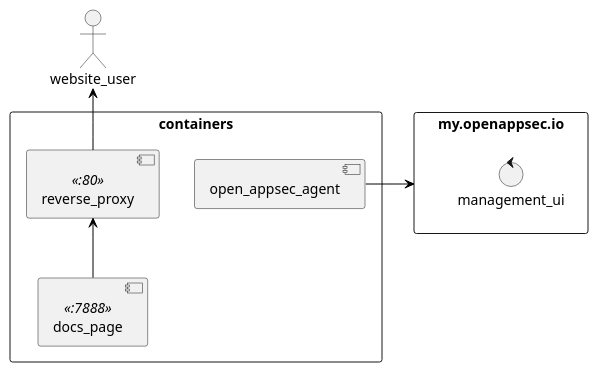
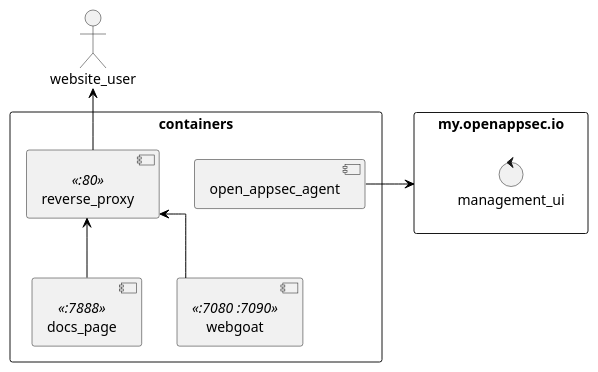
Before and after one commit to sebastian-sommerfeld-io/open-appsec-poc: the diagram in docs/modules/ROOT/assets/images/bash-docs/whitebox.puml, drawn with PlantUML. The commit also changed 9 other files, not shown here.

```diff
--- a/docs/modules/ROOT/assets/images/bash-docs/whitebox.puml
+++ b/docs/modules/ROOT/assets/images/bash-docs/whitebox.puml
@@ -1,32 +1,35 @@
 @startuml monitoring
 
 skinparam linetype ortho
 skinparam monochrome false
 skinparam componentStyle uml2
 skinparam backgroundColor #fff
 skinparam ArrowColor black
 skinparam NoteBorderColor Grey
 skinparam NoteBackgroundColor #fdfdfd
 skinparam defaultTextAlignment center
 skinparam activity {
 FontName Ubuntu
 }
 
 rectangle containers {
   component reverse_proxy <<:80>>
   component docs_page <<:7888>>
+  component webgoat <<:7080 :7090>>
+
   component open_appsec_agent
   
   docs_page -up-> reverse_proxy
+  webgoat -up-> reverse_proxy
 }
 
 rectangle my_openappsec_io as "my.openappsec.io" {
   control management_ui
 }
 
 actor website_user
 reverse_proxy -up-> website_user
 
 open_appsec_agent -right-> my_openappsec_io
 
 @enduml
```
